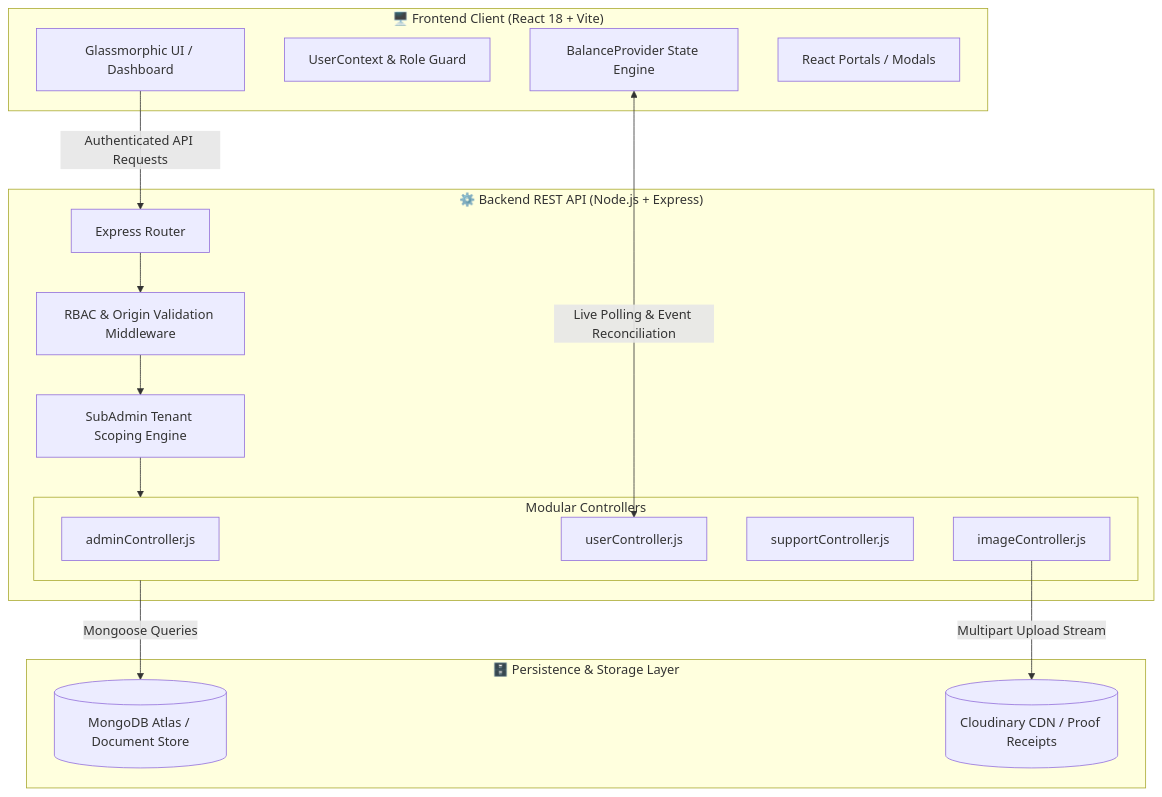
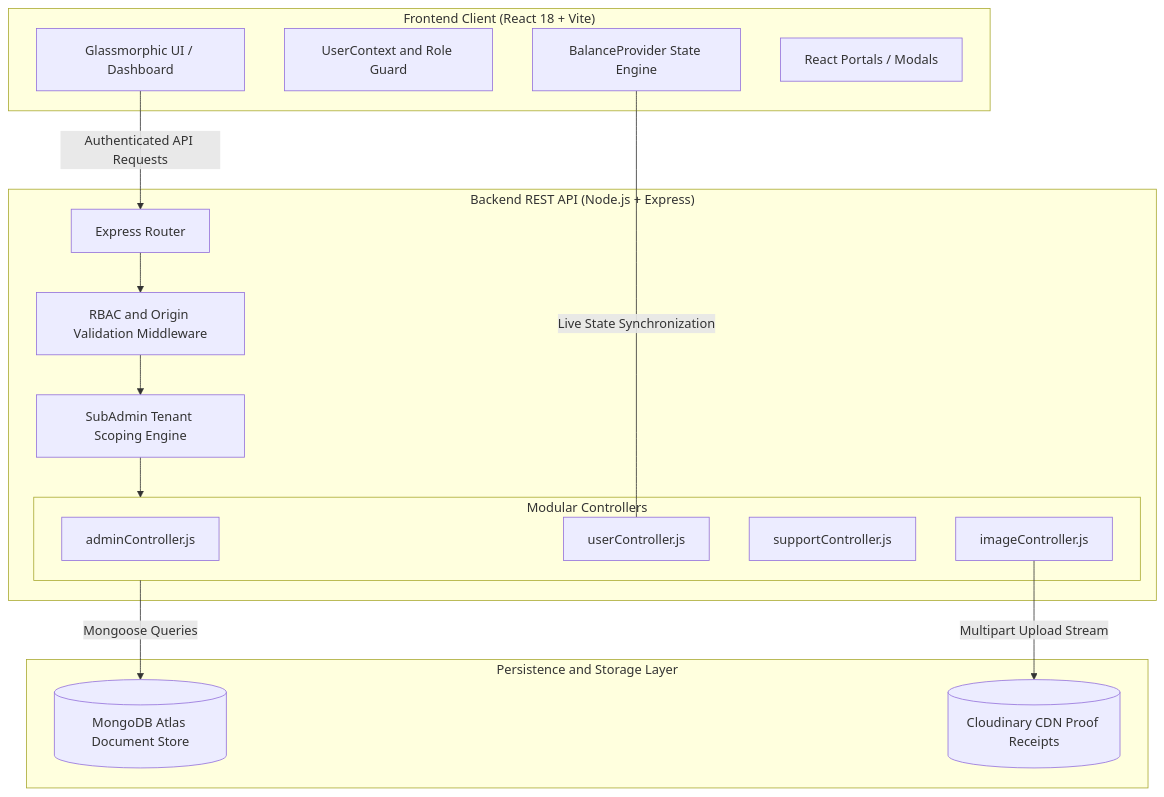
Before and after one commit to rishigaware/iceUsers: the first of 3 diagrams in README.md, drawn with Mermaid. The commit also changed other lines of this file, not shown here.

Commit message:
docs: update Mermaid diagrams with quoted node labels and refined text

````diff
--- a/README.md
+++ b/README.md
@@ -123,35 +123,35 @@
 ```mermaid
 flowchart TB
-    subgraph ClientLayer["🖥️ Frontend Client (React 18 + Vite)"]
-        UI[Glassmorphic UI / Dashboard]
-        AuthCtx[UserContext & Role Guard]
-        BalCtx[BalanceProvider State Engine]
-        Portals[React Portals / Modals]
+    subgraph ClientLayer["Frontend Client (React 18 + Vite)"]
+        UI["Glassmorphic UI / Dashboard"]
+        AuthCtx["UserContext and Role Guard"]
+        BalCtx["BalanceProvider State Engine"]
+        Portals["React Portals / Modals"]
     end
 
-    subgraph APILayer["⚙️ Backend REST API (Node.js + Express)"]
-        Router[Express Router]
-        AuthMW[RBAC & Origin Validation Middleware]
-        TenantScoper[SubAdmin Tenant Scoping Engine]
+    subgraph APILayer["Backend REST API (Node.js + Express)"]
+        Router["Express Router"]
+        AuthMW["RBAC and Origin Validation Middleware"]
+        TenantScoper["SubAdmin Tenant Scoping Engine"]
         
         subgraph Controllers["Modular Controllers"]
-            AdminCtrl[adminController.js]
-            UserCtrl[userController.js]
-            SupportCtrl[supportController.js]
-            ImgCtrl[imageController.js]
+            AdminCtrl["adminController.js"]
+            UserCtrl["userController.js"]
+            SupportCtrl["supportController.js"]
+            ImgCtrl["imageController.js"]
         end
     end
 
-    subgraph StorageLayer["🗄️ Persistence & Storage Layer"]
-        MongoDB[(MongoDB Atlas / Document Store)]
-        Cloudinary[(Cloudinary CDN / Proof Receipts)]
+    subgraph StorageLayer["Persistence and Storage Layer"]
+        MongoDB[("MongoDB Atlas Document Store")]
+        Cloudinary[("Cloudinary CDN Proof Receipts")]
     end
 
     UI -->|Authenticated API Requests| Router
     Router --> AuthMW
     AuthMW --> TenantScoper
     TenantScoper --> Controllers
     Controllers -->|Mongoose Queries| MongoDB
     ImgCtrl -->|Multipart Upload Stream| Cloudinary
-    BalCtx <-->|Live Polling & Event Reconciliation| UserCtrl
+    BalCtx ---|Live State Synchronization| UserCtrl
 ```
````
